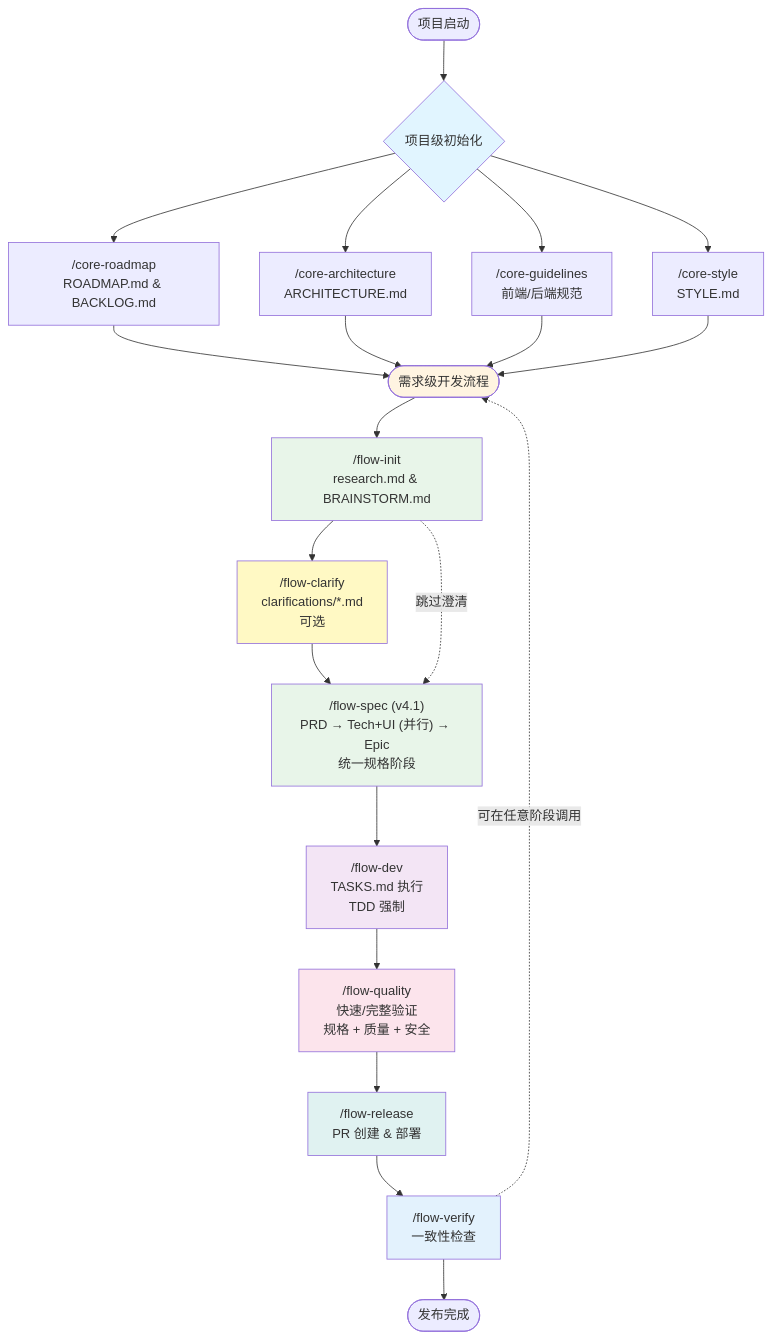
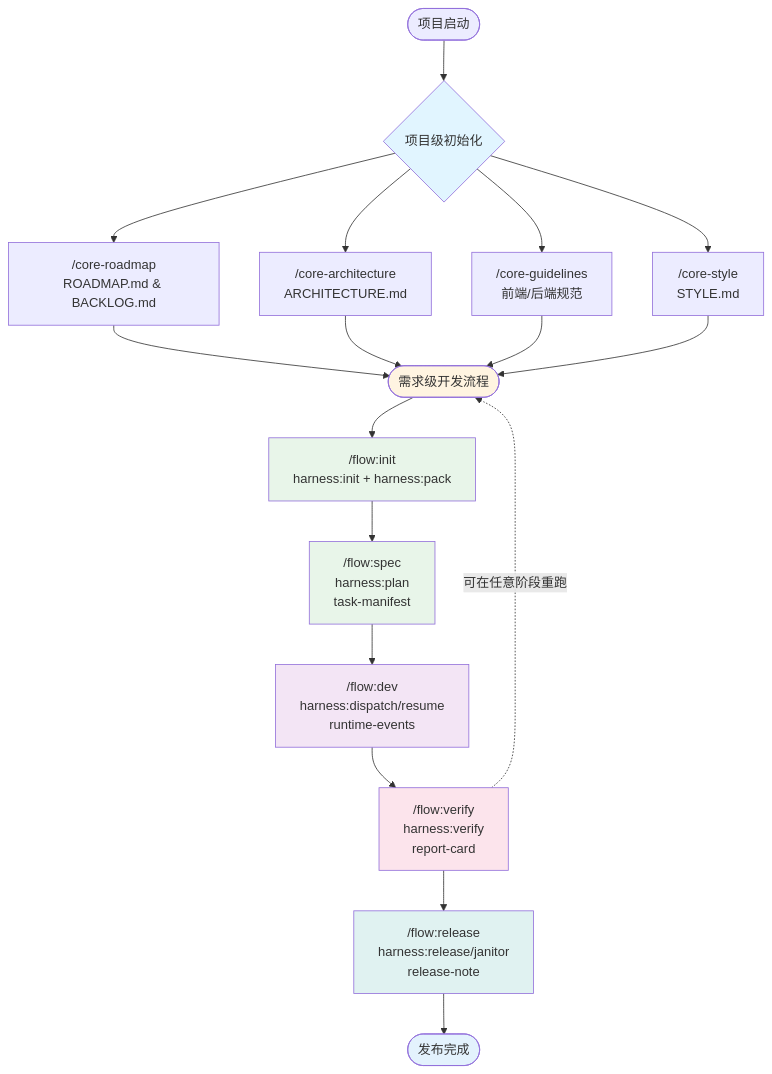
The diagram in README.zh-CN.md (Dimon94/cc-devflow), drawn with Mermaid before and after one commit. The commit also changed other lines of this file and 46 other files, not shown here.

Commit message:
refactor(flow): simplify workflow docs and align /flow:* commands

````diff
--- a/README.zh-CN.md
+++ b/README.zh-CN.md
@@ -297,42 +301,32 @@
 ```mermaid
 graph TB
     Start([项目启动]) --> ProjectLevel{项目级初始化}
 
     ProjectLevel --> CoreRoadmap["/core-roadmap<br/>ROADMAP.md & BACKLOG.md"]
     ProjectLevel --> CoreArch["/core-architecture<br/>ARCHITECTURE.md"]
     ProjectLevel --> CoreGuidelines["/core-guidelines<br/>前端/后端规范"]
     ProjectLevel --> CoreStyle["/core-style<br/>STYLE.md"]
 
     CoreRoadmap --> ReqLevel
     CoreArch --> ReqLevel
     CoreGuidelines --> ReqLevel
     CoreStyle --> ReqLevel
 
-    ReqLevel([需求级开发流程]) --> FlowInit["/flow-init<br/>research.md & BRAINSTORM.md"]
+    ReqLevel([需求级开发流程]) --> FlowInit["/flow:init<br/>harness:init + harness:pack"]
+    FlowInit --> FlowSpec["/flow:spec<br/>harness:plan<br/>task-manifest"]
+    FlowSpec --> FlowDev["/flow:dev<br/>harness:dispatch/resume<br/>runtime-events"]
+    FlowDev --> FlowVerify["/flow:verify<br/>harness:verify<br/>report-card"]
+    FlowVerify --> FlowRelease["/flow:release<br/>harness:release/janitor<br/>release-note"]
+    FlowRelease --> End([发布完成])
 
-    FlowInit --> FlowClarify["/flow-clarify<br/>clarifications/*.md<br/>可选"]
-    FlowClarify --> FlowSpec["/flow-spec (v4.1)<br/>PRD → Tech+UI (并行) → Epic<br/>统一规格阶段"]
-    FlowInit -.->|跳过澄清| FlowSpec
-
-    FlowSpec --> FlowDev["/flow-dev<br/>TASKS.md 执行<br/>TDD 强制"]
-
-    FlowDev --> FlowQuality["/flow-quality<br/>快速/完整验证<br/>规格 + 质量 + 安全"]
-
-    FlowQuality --> FlowRelease["/flow-release<br/>PR 创建 & 部署"]
-
-    FlowRelease --> FlowVerify["/flow-verify<br/>一致性检查"]
-
-    FlowVerify --> End([发布完成])
-
-    FlowVerify -.->|可在任意阶段调用| ReqLevel
+    FlowVerify -.->|可在任意阶段重跑| ReqLevel
 
     style ProjectLevel fill:#e1f5ff
     style ReqLevel fill:#fff4e1
     style FlowInit fill:#e8f5e9
-    style FlowClarify fill:#fff9c4
     style FlowSpec fill:#e8f5e9
     style FlowDev fill:#f3e5f5
-    style FlowQuality fill:#fce4ec
+    style FlowVerify fill:#fce4ec
     style FlowRelease fill:#e0f2f1
-    style FlowVerify fill:#e3f2fd
+    style End fill:#e3f2fd
 ```
````
